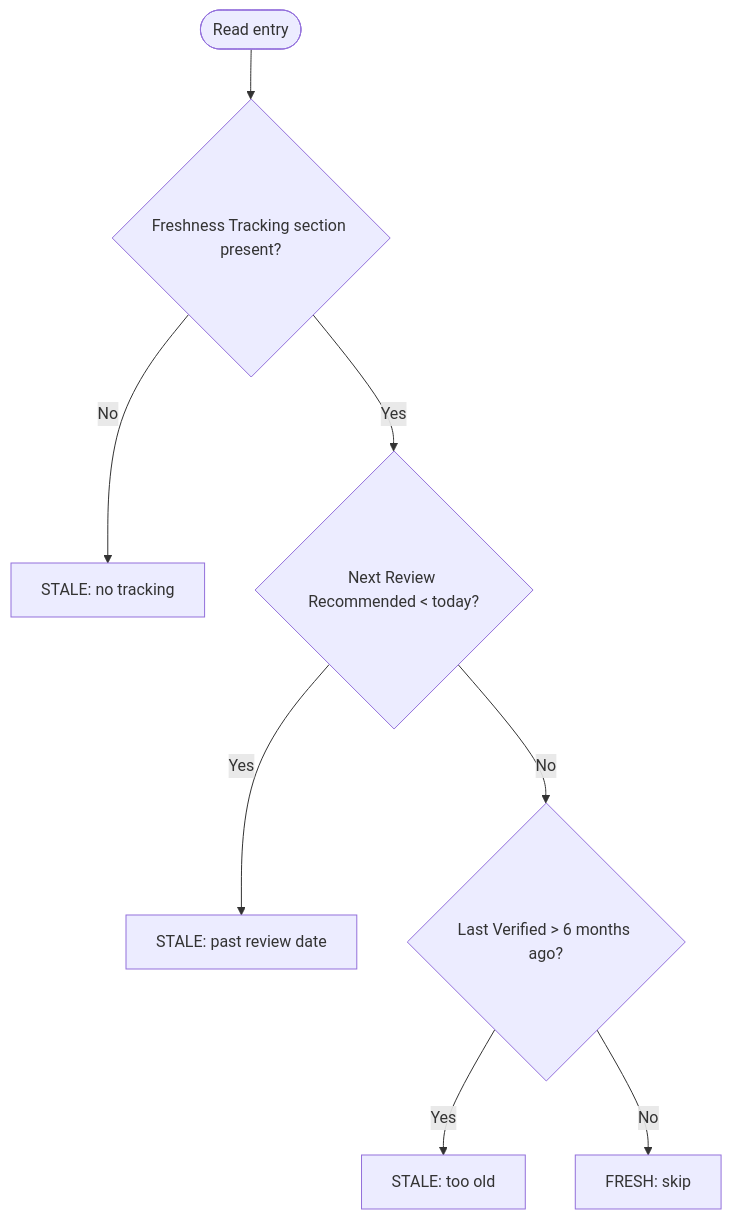
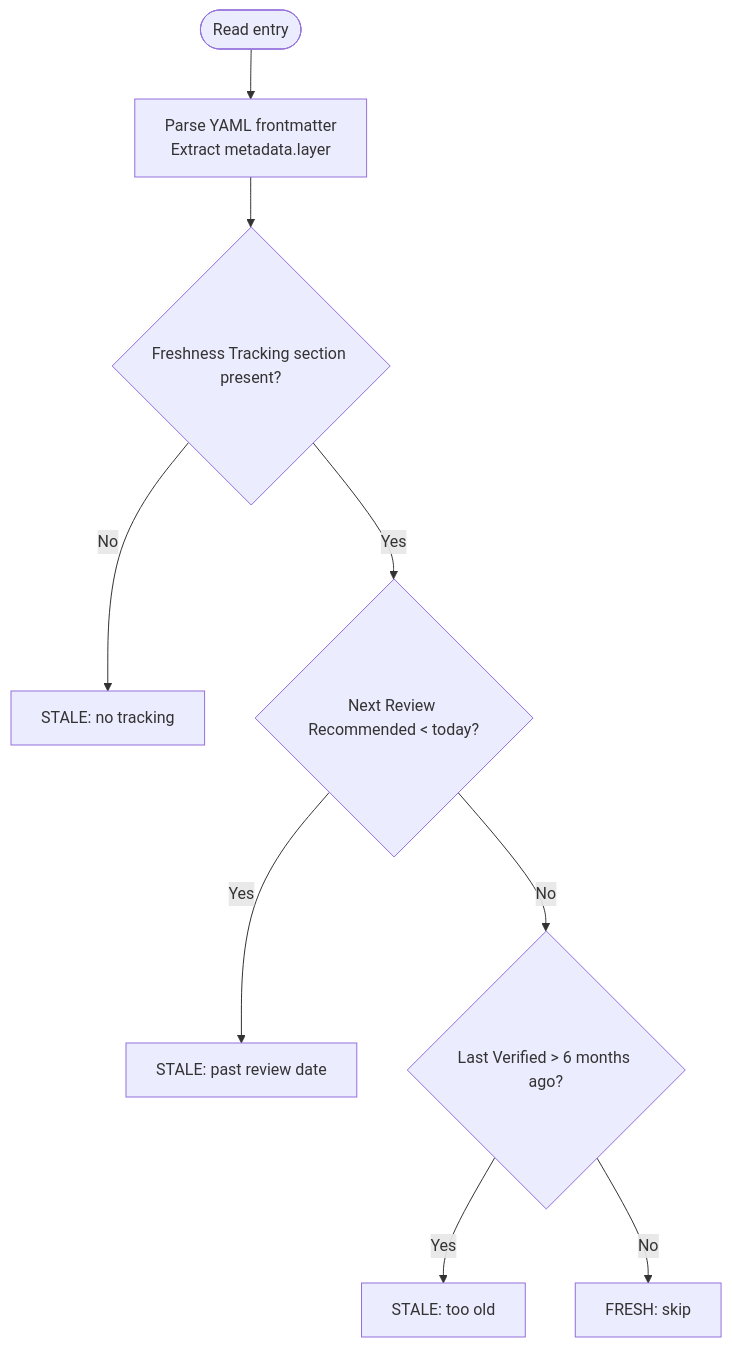
Before and after one commit to chgreer1070/claude_skills: the diagram in .claude/skills/refresh-research/SKILL.md, drawn with Mermaid. The commit also changed other lines of this file and 2 other files, not shown here.

First line of the commit message:
feat(refresh-research): implement --layer filtering logic in SKILL.md

````diff
--- a/.claude/skills/refresh-research/SKILL.md
+++ b/.claude/skills/refresh-research/SKILL.md
@@ -27,10 +30,11 @@
 ```mermaid
 flowchart TD
-    Start([Read entry]) --> HasFreshness{Freshness Tracking section present?}
+    Start([Read entry]) --> ParseFM[Parse YAML frontmatter<br>Extract metadata.layer]
+    ParseFM --> HasFreshness{Freshness Tracking section present?}
     HasFreshness -->|No| Stale1[STALE: no tracking]
     HasFreshness -->|Yes| PastDue{Next Review Recommended < today?}
     PastDue -->|Yes| Stale2[STALE: past review date]
     PastDue -->|No| TooOld{Last Verified > 6 months ago?}
     TooOld -->|Yes| Stale3[STALE: too old]
     TooOld -->|No| Fresh[FRESH: skip]
 ```
````
